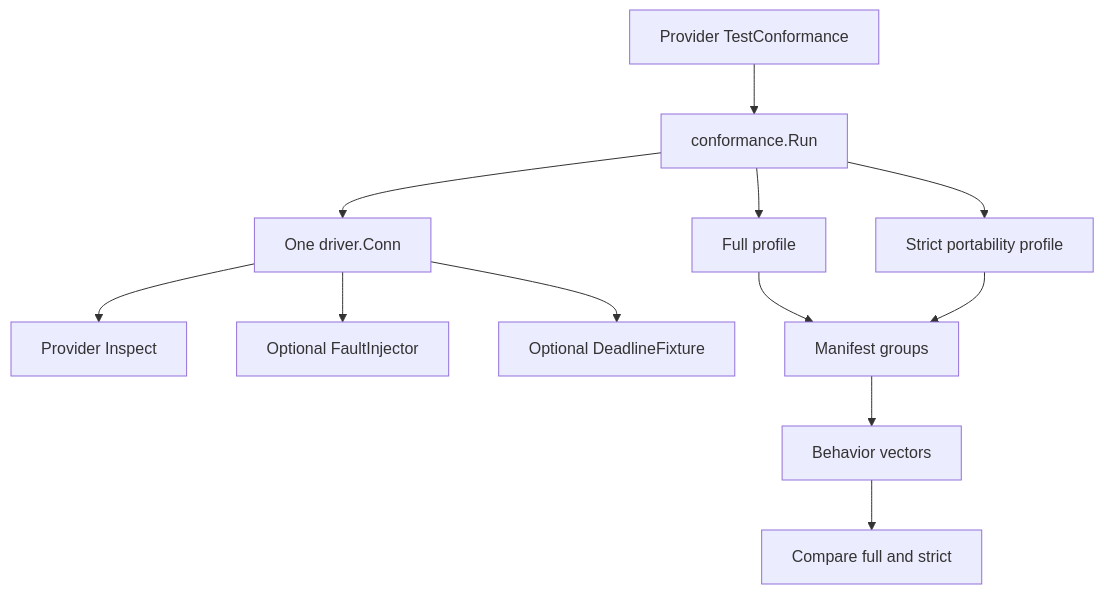
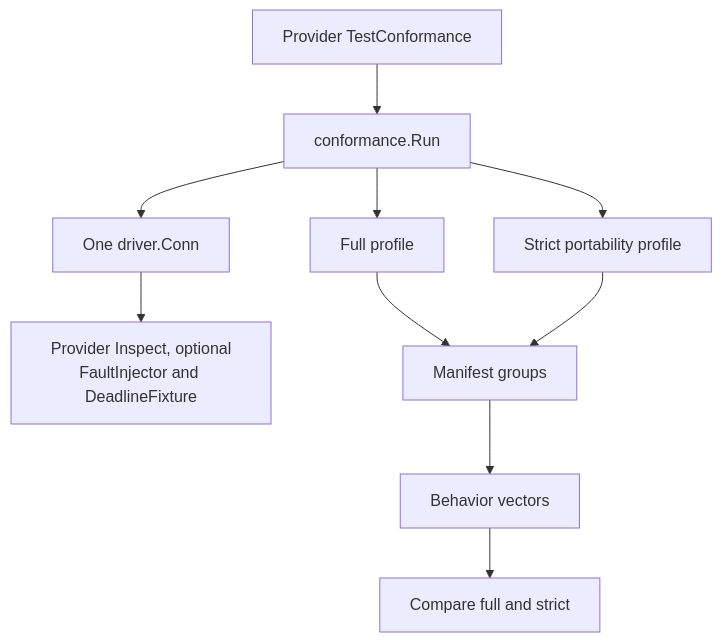
Before and after one commit to bktrung/edm_sdk: the diagram in docs/development/driver-conformance.md, drawn with Mermaid. The commit also changed other lines of this file and 242 other files, not shown here.

````diff
--- a/docs/development/driver-conformance.md
+++ b/docs/development/driver-conformance.md
@@ -38,25 +38,21 @@
 ```mermaid
 flowchart TB
     TEST[Provider TestConformance]
     RUN[conformance.Run]
     CONN[One driver.Conn]
-    INSPECT[Provider Inspect]
-    FAULT[Optional FaultInjector]
-    DEADLINE[Optional DeadlineFixture]
+    FIXTURES[Provider Inspect, optional<br/>FaultInjector and DeadlineFixture]
     FULL[Full profile]
     STRICT[Strict portability profile]
     GROUPS[Manifest groups]
     VECTOR[Behavior vectors]
 
     TEST --> RUN
     RUN --> CONN
-    CONN --> INSPECT
-    CONN --> FAULT
-    CONN --> DEADLINE
+    CONN --> FIXTURES
     RUN --> FULL
     RUN --> STRICT
     FULL --> GROUPS
     STRICT --> GROUPS
     GROUPS --> VECTOR
     VECTOR --> COMPARE[Compare full and strict]
 ```
````
